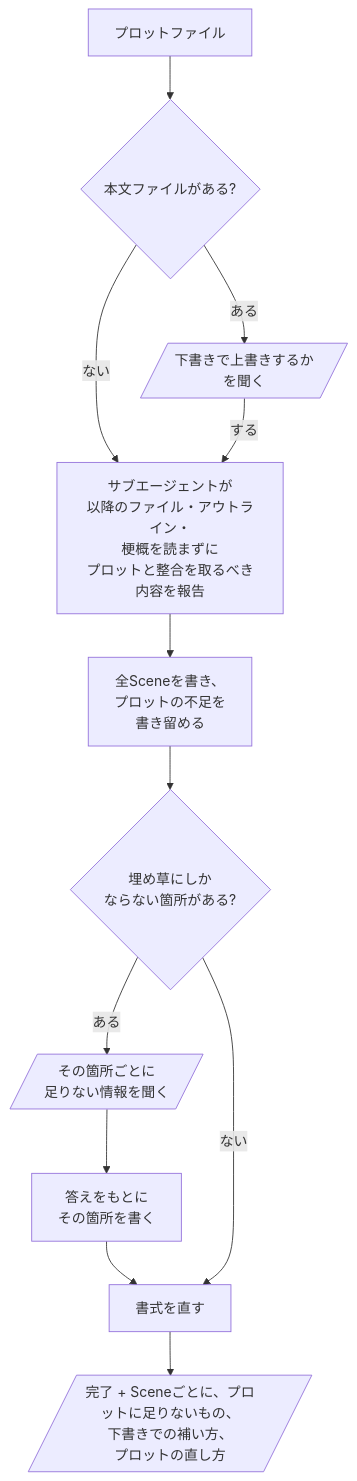
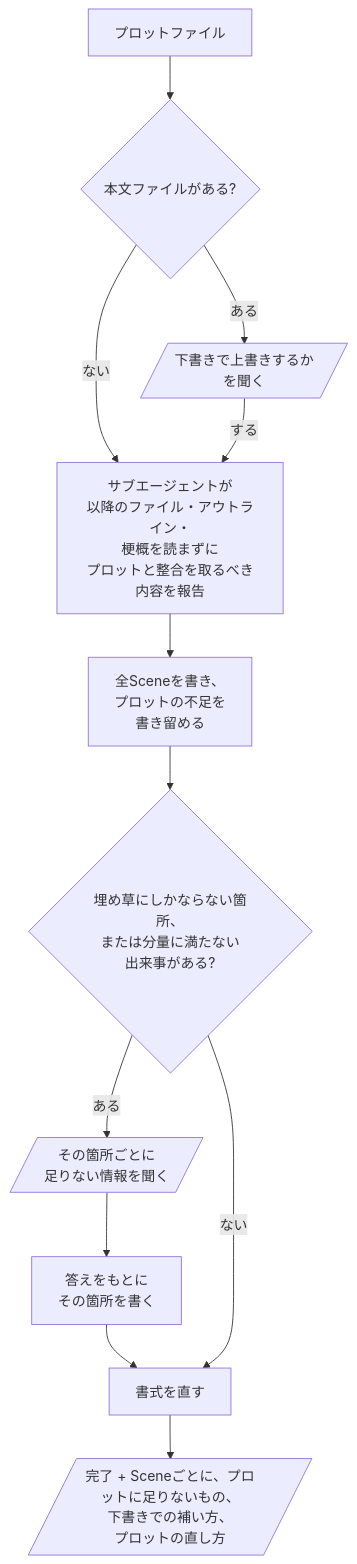
One commit to omni-stove/skill-kit changed the diagram in domains/story/skills/draft/README.ja.md. Above: the diagram before and after it, drawn with Mermaid. The commit also changed 16 other files, not shown here.

````diff
--- a/domains/story/skills/draft/README.ja.md
+++ b/domains/story/skills/draft/README.ja.md
@@ -7,14 +7,14 @@
 ```mermaid
 flowchart TD
   input[プロットファイル] --> exists{本文ファイルがある?}
   exists -- "ある" --> ask[/下書きで上書きするか<br/>を聞く/]
   exists -- "ない" --> agent
   ask -- "する" --> agent[サブエージェントが<br/>以降のファイル・アウトライン・<br/>梗概を読まずに<br/>プロットと整合を取るべき<br/>内容を報告]
   agent --> write[全Sceneを書き、<br/>プロットの不足を<br/>書き留める]
-  write --> gap{埋め草にしか<br/>ならない箇所がある?}
+  write --> gap{埋め草にしかならない箇所、<br/>または分量に満たない<br/>出来事がある?}
   gap -- "ある" --> need[/その箇所ごとに<br/>足りない情報を聞く/]
   need --> fill[答えをもとに<br/>その箇所を書く]
   fill --> format
   gap -- "ない" --> format[書式を直す]
   format --> done[/"完了 + Sceneごとに、プロットに足りないもの、<br/>下書きでの補い方、<br/>プロットの直し方"/]
 ```
````
